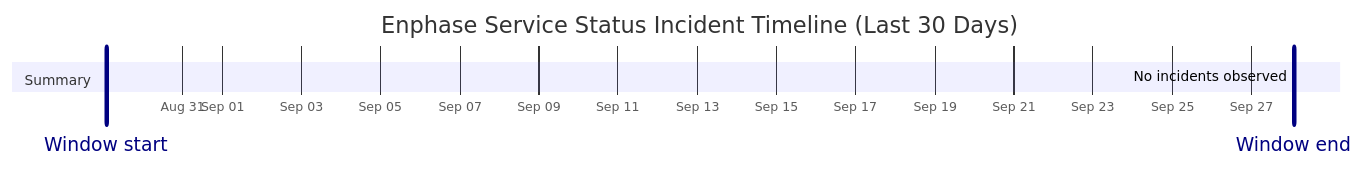
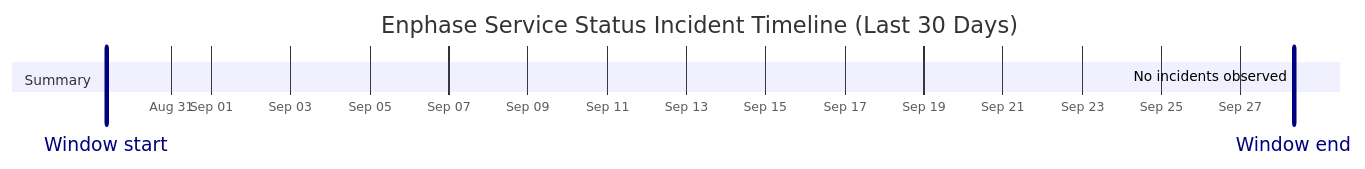
The diagram in wiki/Service-Status-History.md (barneyonline/ha-enphase-energy), drawn with Mermaid before and after one commit. The commit also changed other lines of this file and 3 other files, not shown here.

````diff
--- a/wiki/Service-Status-History.md
+++ b/wiki/Service-Status-History.md
@@ -14,10 +14,10 @@
 ```mermaid
 gantt
     title Enphase Service Status Incident Timeline (Last 30 Days)
     dateFormat  YYYY-MM-DDTHH:mm:ss
     axisFormat  %b %d
-    Window start :vert, window-start, 2026-08-29T01:50:40, 0ms
-    Window end :vert, window-end, 2026-09-28T01:50:40, 0ms
+    Window start :vert, window-start, 2026-08-29T08:13:53, 0ms
+    Window end :vert, window-end, 2026-09-28T08:13:53, 0ms
     section Summary
-    No incidents observed :done, 2026-09-28T01:50:40, 1m
+    No incidents observed :done, 2026-09-28T08:13:53, 1m
 ```
````
